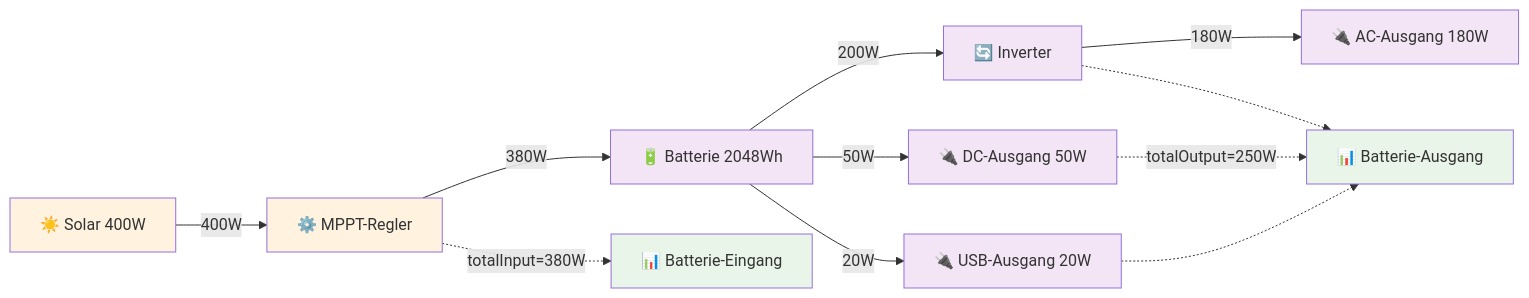
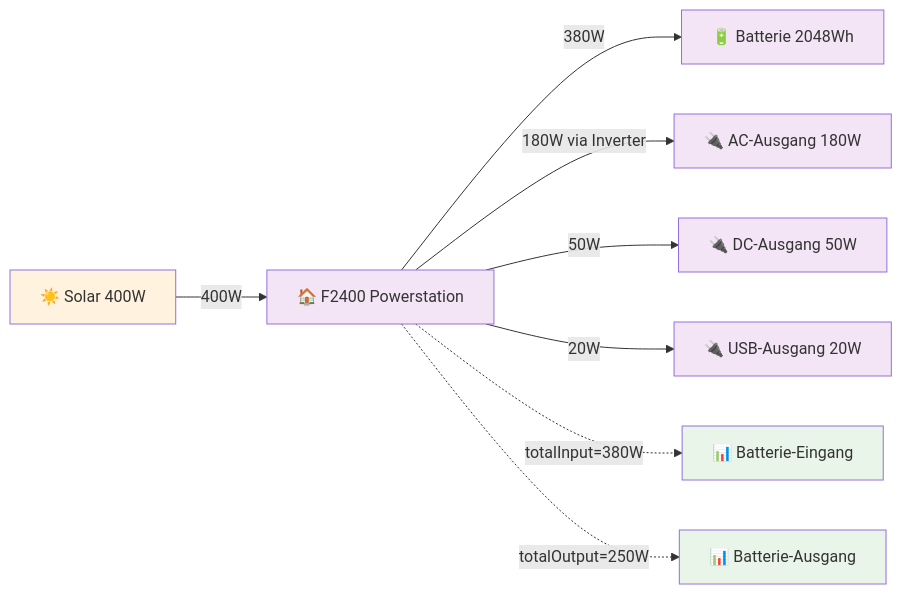
The second of 4 diagrams in README.md (tkaufmann/fossibot-ipsymcon), drawn with Mermaid before and after one commit. The commit also changed other lines of this file, not shown here.

First line of the commit message:
Vereinfache Batterie-Diagramme - entferne verwirrende Komponenten

````diff
--- a/README.md
+++ b/README.md
@@ -190,26 +183,22 @@
 ```mermaid
 flowchart LR
-    Solar[☀️ Solar 400W] -->|400W| MPPT[⚙️ MPPT-Regler]
-    MPPT -->|380W| Battery[🔋 Batterie 2048Wh]
+    Solar[☀️ Solar 400W] -->|400W| F2400[🏠 F2400 Powerstation]
     
-    Battery -->|200W| Inverter[🔄 Inverter]
-    Battery -->|50W| DCOut[🔌 DC-Ausgang 50W]
-    Battery -->|20W| USBOut[🔌 USB-Ausgang 20W]
+    F2400 -->|380W| Battery[🔋 Batterie 2048Wh]
+    F2400 -->|180W via Inverter| ACOut[🔌 AC-Ausgang 180W]
+    F2400 -->|50W| DCOut[🔌 DC-Ausgang 50W]
+    F2400 -->|20W| USBOut[🔌 USB-Ausgang 20W]
     
-    Inverter -->|180W| ACOut[🔌 AC-Ausgang 180W]
-    
-    %% MQTT Register Mapping
-    MPPT -.->|totalInput=380W| MQTT1[📊 Batterie-Eingang]
-    DCOut -.->|totalOutput=250W| MQTT2[📊 Batterie-Ausgang]
-    USBOut -.-> MQTT2
-    Inverter -.-> MQTT2
+    %% MQTT Messwerte
+    F2400 -.->|totalInput=380W| MQTT1[📊 Batterie-Eingang]
+    F2400 -.->|totalOutput=250W| MQTT2[📊 Batterie-Ausgang]
     
     %% Styling
     classDef power fill:#fff3e0
     classDef device fill:#f3e5f5
     classDef mqtt fill:#e8f5e8
     
-    class Solar,MPPT power
-    class ACOut,DCOut,USBOut,Battery,Inverter device
+    class Solar power
+    class F2400,ACOut,DCOut,USBOut,Battery device
     class MQTT1,MQTT2 mqtt
 ```
````
